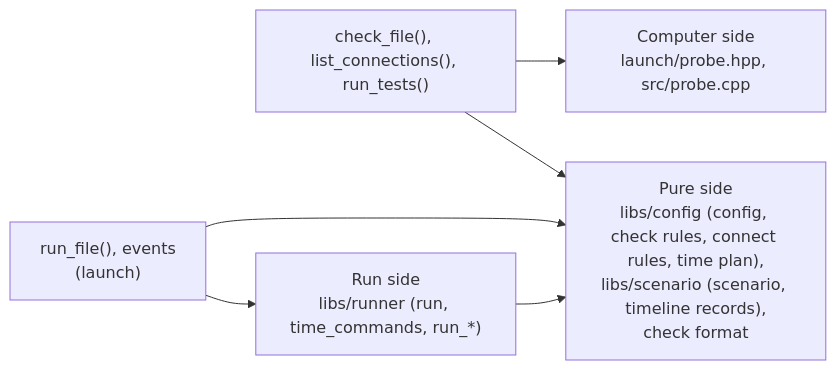
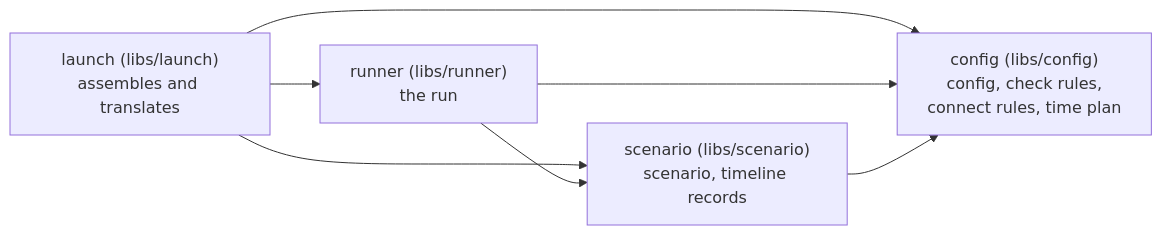
One commit to rahanahu/vehicle-sil changed the second of 4 diagrams in docs/architecture.md. Above: the diagram before and after it, drawn with Mermaid. The commit also changed other lines of this file and 39 other files, not shown here.

First line of the commit message:
refactor(launch): split libs/launch/src into five parts and guard the include direction (#295)

````diff
--- a/docs/architecture.md
+++ b/docs/architecture.md
@@ -222,13 +226,13 @@
 ```mermaid
 flowchart LR
-    pure["Pure side<br>libs/config (config, check rules, connect rules, time plan),<br>libs/scenario (scenario, timeline records),<br>check format"]
-    assemble["check_file(), list_connections(), run_tests()"]
-    probe["Computer side<br>launch/probe.hpp, src/probe.cpp"]
-    run["Run side<br>libs/runner (run, time_commands, run_*)"]
-    run_file["run_file(), events<br>(launch)"]
-    assemble --> pure
-    assemble --> probe
-    run --> pure
-    run_file --> run
-    run_file --> pure
+    launch["launch (libs/launch)<br>assembles and translates"]
+    runner["runner (libs/runner)<br>the run"]
+    scenario["scenario (libs/scenario)<br>scenario, timeline records"]
+    config["config (libs/config)<br>config, check rules,<br>connect rules, time plan"]
+    launch --> runner
+    launch --> scenario
+    launch --> config
+    runner --> scenario
+    runner --> config
+    scenario --> config
 ```
````
